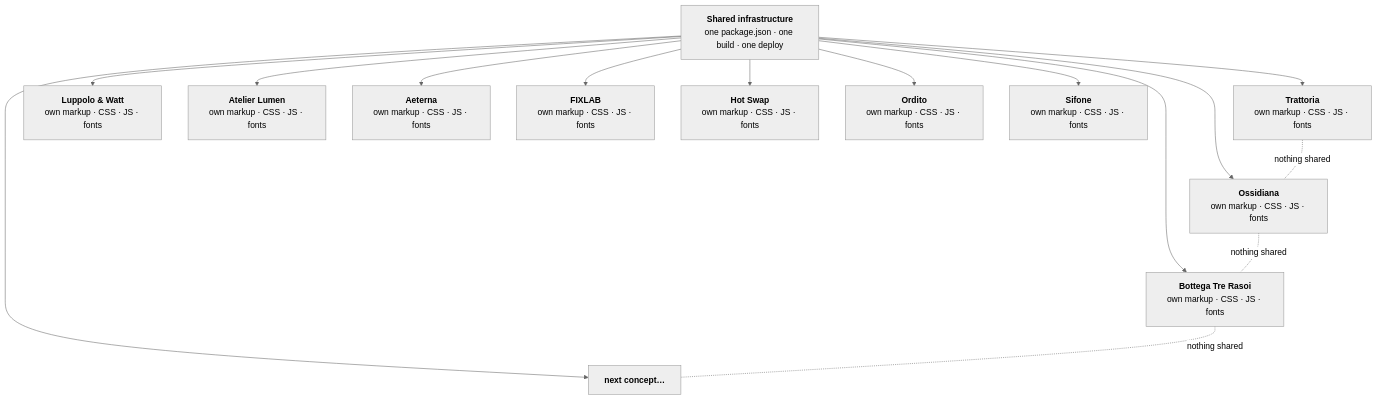
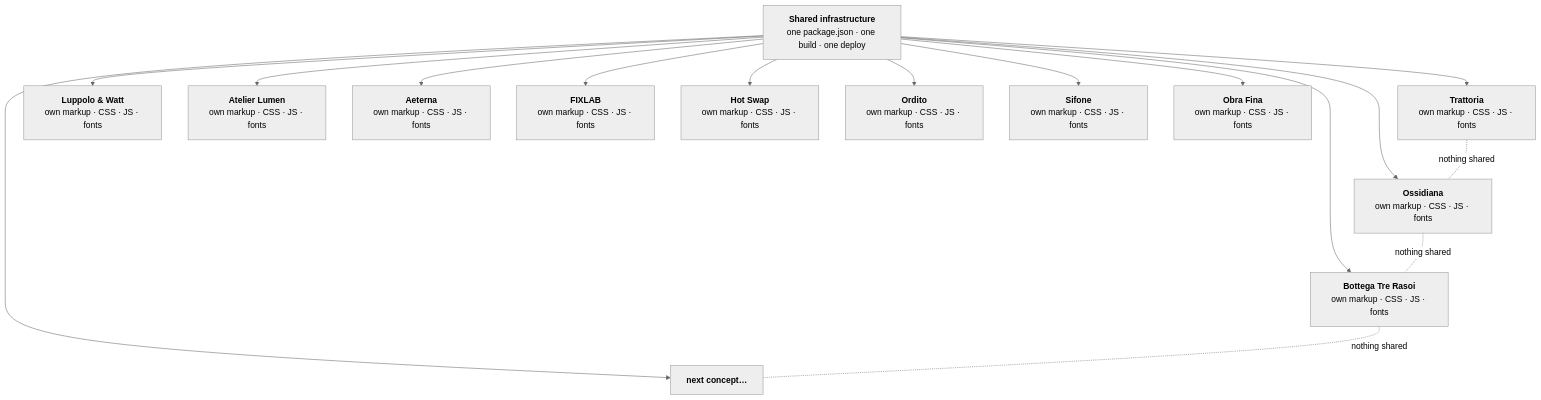
The diagram in README.md (Loop-Studio-Web/vetrine), drawn with Mermaid (neutral theme) before and after one commit. The commit also changed other lines of this file and 38 other files, not shown here.

````diff
--- a/README.md
+++ b/README.md
@@ -247,18 +266,19 @@
 ```mermaid
 flowchart TB
     infra["<b>Shared infrastructure</b><br/>one package.json · one build · one deploy"]
     infra --> T["<b>Trattoria</b><br/>own markup · CSS · JS · fonts"]
     infra --> O["<b>Ossidiana</b><br/>own markup · CSS · JS · fonts"]
     infra --> R["<b>Luppolo & Watt</b><br/>own markup · CSS · JS · fonts"]
     infra --> B["<b>Bottega Tre Rasoi</b><br/>own markup · CSS · JS · fonts"]
     infra --> L["<b>Atelier Lumen</b><br/>own markup · CSS · JS · fonts"]
     infra --> A["<b>Aeterna</b><br/>own markup · CSS · JS · fonts"]
     infra --> F["<b>FIXLAB</b><br/>own markup · CSS · JS · fonts"]
     infra --> H["<b>Hot Swap</b><br/>own markup · CSS · JS · fonts"]
     infra --> D["<b>Ordito</b><br/>own markup · CSS · JS · fonts"]
     infra --> S["<b>Sifone</b><br/>own markup · CSS · JS · fonts"]
+    infra --> P["<b>Obra Fina</b><br/>own markup · CSS · JS · fonts"]
     infra --> N["<b>next concept…</b>"]
     T -.-|nothing shared| O
     O -.-|nothing shared| B
     B -.-|nothing shared| N
 ```
````
